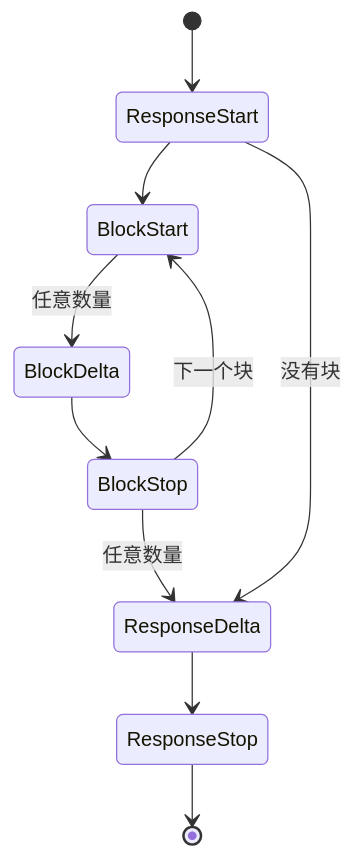
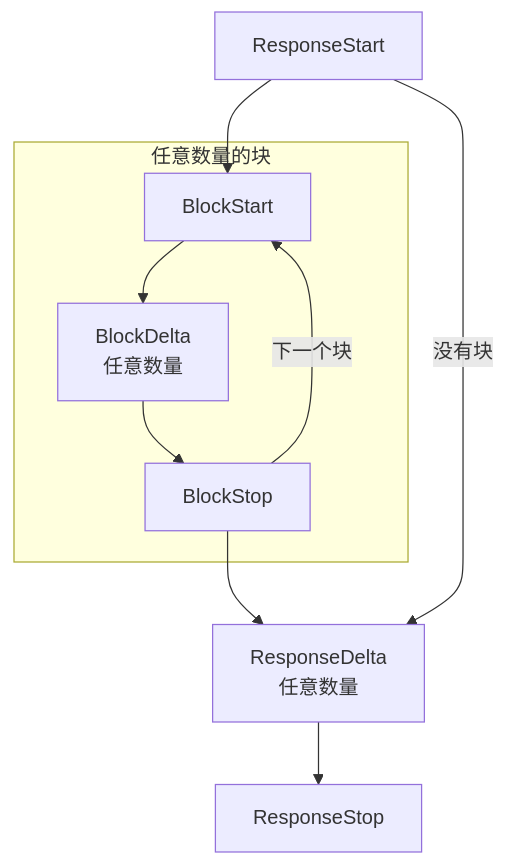
One commit to logicplanes/kaeso changed the diagram in apps/docs/content/zh-CN/development/kpp/codec-design.md. Above: the diagram before and after it, drawn with Mermaid. The commit also changed 89 other files, not shown here.

First line of the commit message:
Redraw the development pages' diagrams around what a contributor changes

````diff
--- a/apps/docs/content/zh-CN/development/kpp/codec-design.md
+++ b/apps/docs/content/zh-CN/development/kpp/codec-design.md
@@ -27,14 +27,14 @@
 ```mermaid
-stateDiagram-v2
+flowchart TD
   accTitle: KPP 流事件的顺序
   accDescr: 流以 ResponseStart 开始。随后是任意数量的块，每个块由 BlockStart、任意数量的 BlockDelta 和 BlockStop 组成，然后是任意数量的 ResponseDelta，最后由 ResponseStop 结束。Error 可能出现在任何位置。
-  [*] --> ResponseStart
-  ResponseStart --> BlockStart
-  BlockStart --> BlockDelta: 任意数量
-  BlockDelta --> BlockStop
-  BlockStop --> BlockStart: 下一个块
-  BlockStop --> ResponseDelta: 任意数量
-  ResponseStart --> ResponseDelta: 没有块
-  ResponseDelta --> ResponseStop
-  ResponseStop --> [*]
+  start[ResponseStart]:::accent
+  subgraph blocks [任意数量的块]
+    bstart[BlockStart] --> bdelta[BlockDelta<br>任意数量] --> bstop[BlockStop]
+  end
+  start --> bstart
+  bstop -- 下一个块 --> bstart
+  bstop --> rdelta[ResponseDelta<br>任意数量]
+  start -- 没有块 --> rdelta
+  rdelta --> stop[ResponseStop]:::accent
 ```
````
